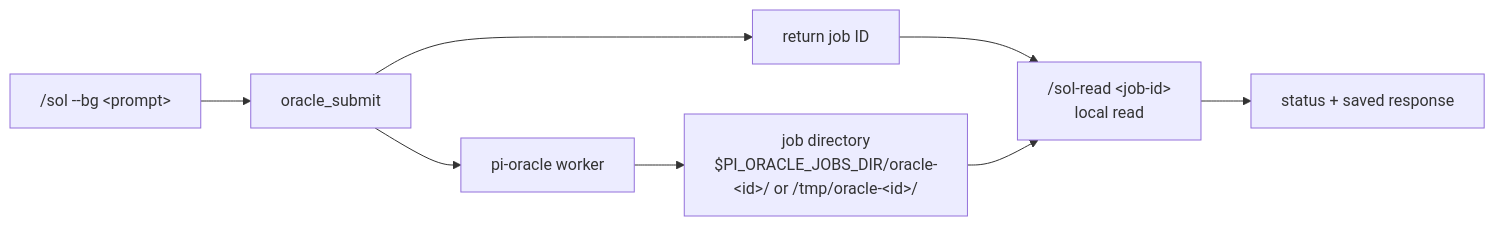
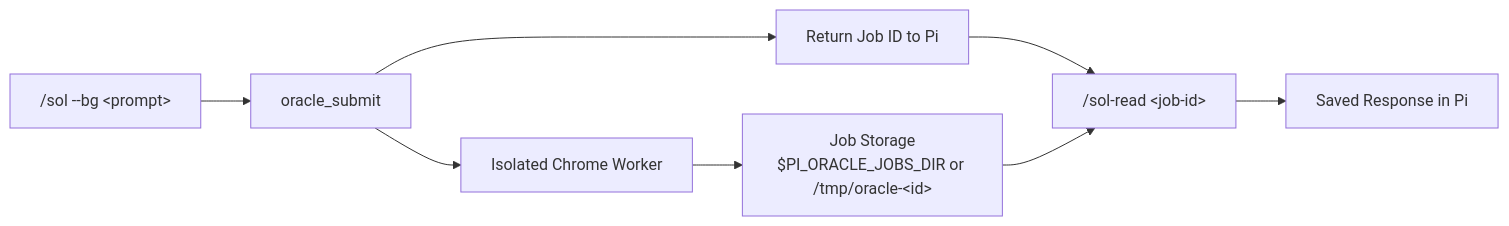
The second of 2 diagrams in README.md (xiangbianpangde/pi-sol), drawn with Mermaid before and after one commit. The commit also changed other lines of this file and 3 other files, not shown here.

````diff
--- a/README.md
+++ b/README.md
@@ -224,10 +204,10 @@
 ```mermaid
 flowchart LR
     BG["/sol --bg &lt;prompt&gt;"] --> S["oracle_submit"]
-    S --> J["return job ID"]
-    S --> W["pi-oracle worker"]
-    W --> D["job directory<br/>$PI_ORACLE_JOBS_DIR/oracle-&lt;id&gt;/ or /tmp/oracle-&lt;id&gt;/"]
-    J --> R["/sol-read &lt;job-id&gt;<br/>local read"]
+    S --> J["Return Job ID to Pi"]
+    S --> W["Isolated Chrome Worker"]
+    W --> D["Job Storage<br/>$PI_ORACLE_JOBS_DIR or /tmp/oracle-&lt;id&gt;"]
+    J --> R["/sol-read &lt;job-id&gt;"]
     D --> R
-    R --> O["status + saved response"]
+    R --> O["Saved Response in Pi"]
 ```
````
